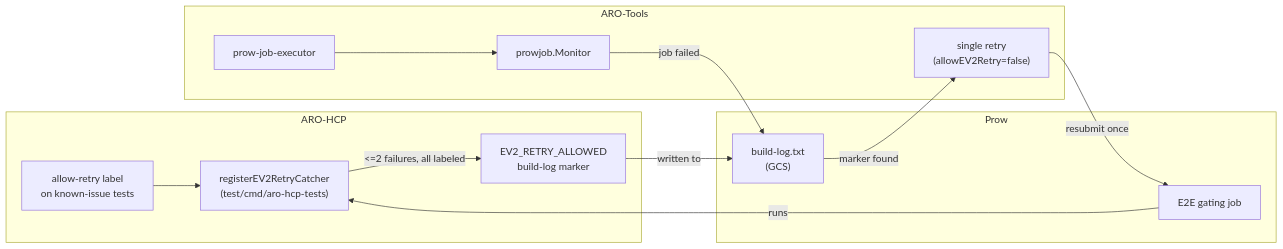
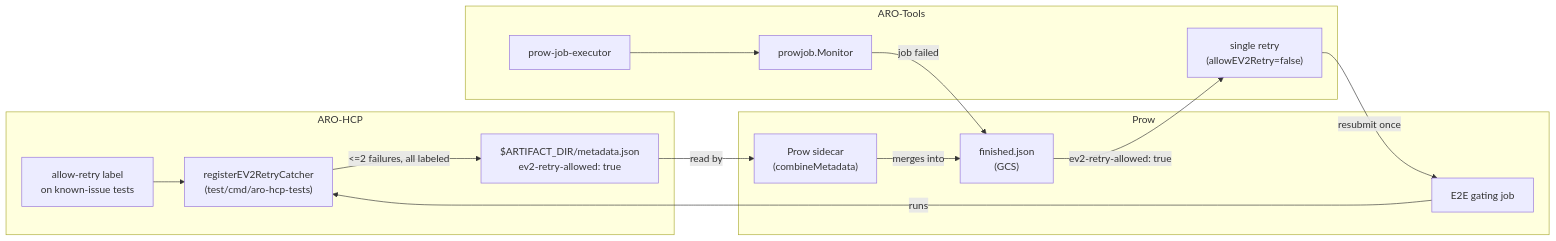
One commit to Azure/ARO-HCP changed the first of 2 diagrams in docs/ci/ev2-retry-catcher.md. Above: the diagram before and after it, drawn with Mermaid. The commit also changed other lines of this file and 1 other file, not shown here.

First line of the commit message:
docs(ci): describe the finished.json metadata mechanism, not the log marker (AROSLSRE-1726)

````diff
--- a/docs/ci/ev2-retry-catcher.md
+++ b/docs/ci/ev2-retry-catcher.md
@@ -27,29 +27,31 @@
 ```mermaid
 ---
 config:
   layout: dagre
 ---
 flowchart LR
  subgraph aro_hcp["ARO-HCP"]
         label["allow-retry label\non known-issue tests"]
         catcher["registerEV2RetryCatcher\n(test/cmd/aro-hcp-tests)"]
-        marker["EV2_RETRY_ALLOWED\nbuild-log marker"]
+        artifact["$ARTIFACT_DIR/metadata.json\nev2-retry-allowed: true"]
   end
  subgraph prow["Prow"]
         job["E2E gating job"]
-        buildlog["build-log.txt\n(GCS)"]
+        sidecar["Prow sidecar\n(combineMetadata)"]
+        finished["finished.json\n(GCS)"]
   end
  subgraph aro_tools["ARO-Tools"]
         executor["prow-job-executor"]
         monitor["prowjob.Monitor"]
         retry["single retry\n(allowEV2Retry=false)"]
   end
   label --> catcher
   job -- runs --> catcher
-  catcher -- "<=2 failures, all labeled" --> marker
-  marker -- written to --> buildlog
+  catcher -- "<=2 failures, all labeled" --> artifact
+  artifact -- read by --> sidecar
+  sidecar -- merges into --> finished
   executor --> monitor
-  monitor -- "job failed" --> buildlog
-  buildlog -- "marker found" --> retry
+  monitor -- "job failed" --> finished
+  finished -- "ev2-retry-allowed: true" --> retry
   retry -- resubmit once --> job
 ```
````
